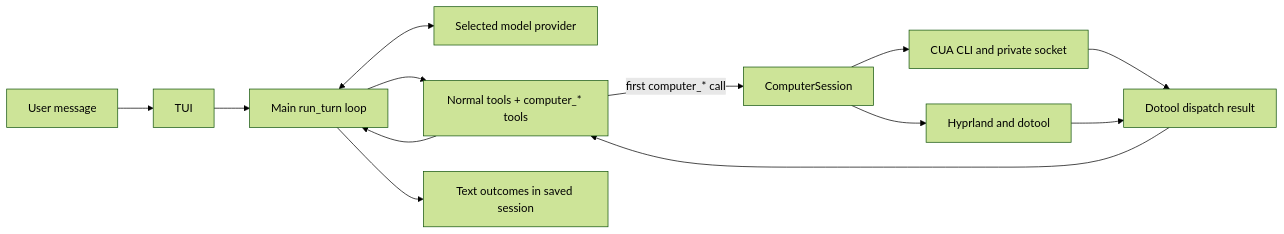
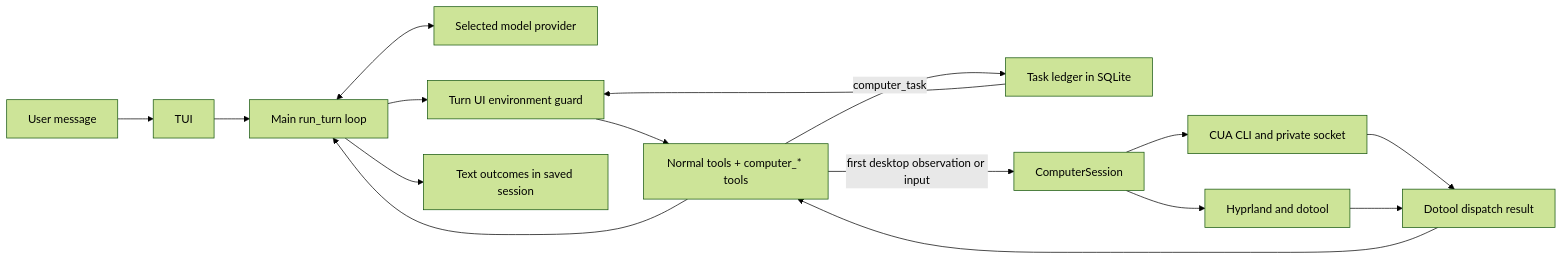
The diagram in src/docs/21-cua-main-loop.md (MetalCloth/mini-hermes), drawn with Mermaid (forest theme) before and after one commit. The commit also changed other lines of this file and 10 other files, not shown here.

Commit message:
Add durable computer task ledger and faster observation path

````diff
--- a/src/docs/21-cua-main-loop.md
+++ b/src/docs/21-cua-main-loop.md
@@ -9,14 +9,17 @@
 ```mermaid
 flowchart LR
     U["User message"] --> T["TUI"]
     T --> L["Main run_turn loop"]
     L <--> P["Selected model provider"]
-    L --> S["Normal tools + computer_* tools"]
-    S -->|"first computer_* call"| CS["ComputerSession"]
+    L --> R["Turn UI environment guard"]
+    R --> S["Normal tools + computer_* tools"]
+    S -->|"computer_task"| TASK["Task ledger in SQLite"]
+    TASK --> R
+    S -->|"first desktop observation or input"| CS["ComputerSession"]
     CS --> C["CUA CLI and private socket"]
     CS --> D["Hyprland and dotool"]
     C --> O["Window tree, screenshot, verify_state"]
     D --> O["Dotool dispatch result"]
     O --> S --> L
     L --> H["Text outcomes in saved session"]
 ```
````
